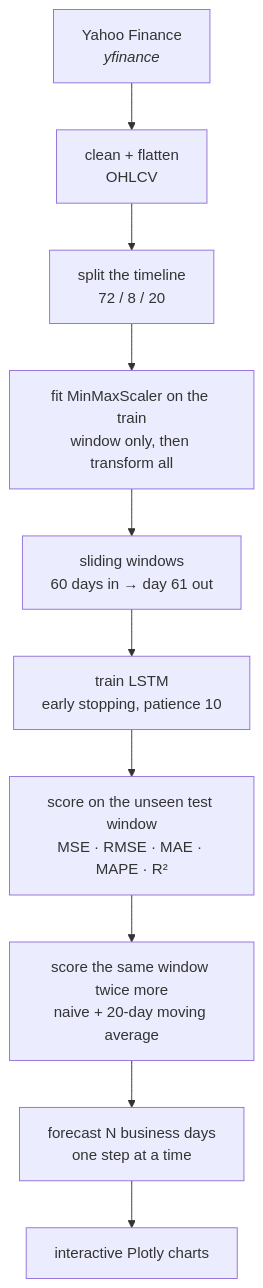
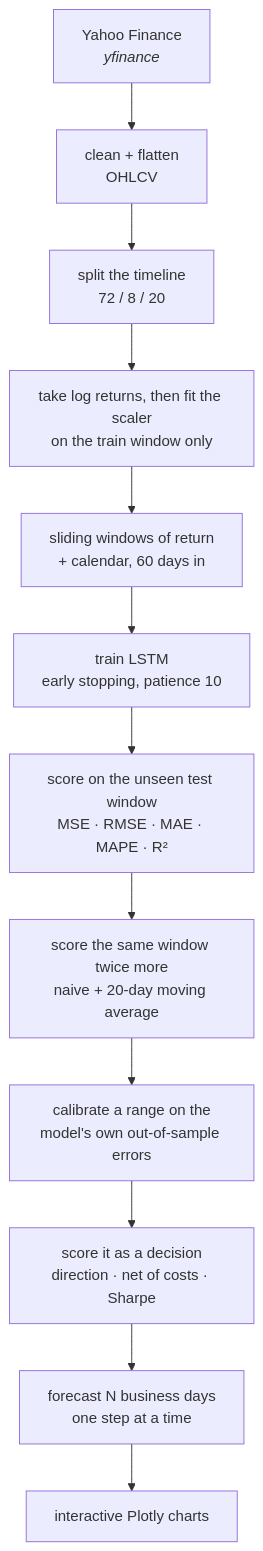
The first of 3 diagrams in README.md (c0k0n/lstm-trend), drawn with Mermaid before and after one commit. The commit also changed other lines of this file and 46 other files, not shown here.

````diff
--- a/README.md
+++ b/README.md
@@ -17,12 +29,14 @@
 ```mermaid
 flowchart TD
     Y["Yahoo Finance<br/><i>yfinance</i>"] --> DL["clean + flatten<br/>OHLCV"]
     DL --> SP["split the timeline<br/>72 / 8 / 20"]
-    SP --> SC["fit MinMaxScaler on the train<br/>window only, then transform all"]
-    SC --> SQ["sliding windows<br/>60 days in → day 61 out"]
+    SP --> SC["take log returns, then fit the scaler<br/>on the train window only"]
+    SC --> SQ["sliding windows of return<br/>+ calendar, 60 days in"]
     SQ --> TR["train LSTM<br/>early stopping, patience 10"]
     TR --> EV["score on the unseen test window<br/>MSE · RMSE · MAE · MAPE · R²"]
     EV --> BS["score the same window twice more<br/>naive + 20-day moving average"]
-    BS --> FC["forecast N business days<br/>one step at a time"]
+    BS --> BD["calibrate a range on the<br/>model's own out-of-sample errors"]
+    BD --> DC["score it as a decision<br/>direction · net of costs · Sharpe"]
+    DC --> FC["forecast N business days<br/>one step at a time"]
     FC --> UI["interactive Plotly charts"]
 ```
````
